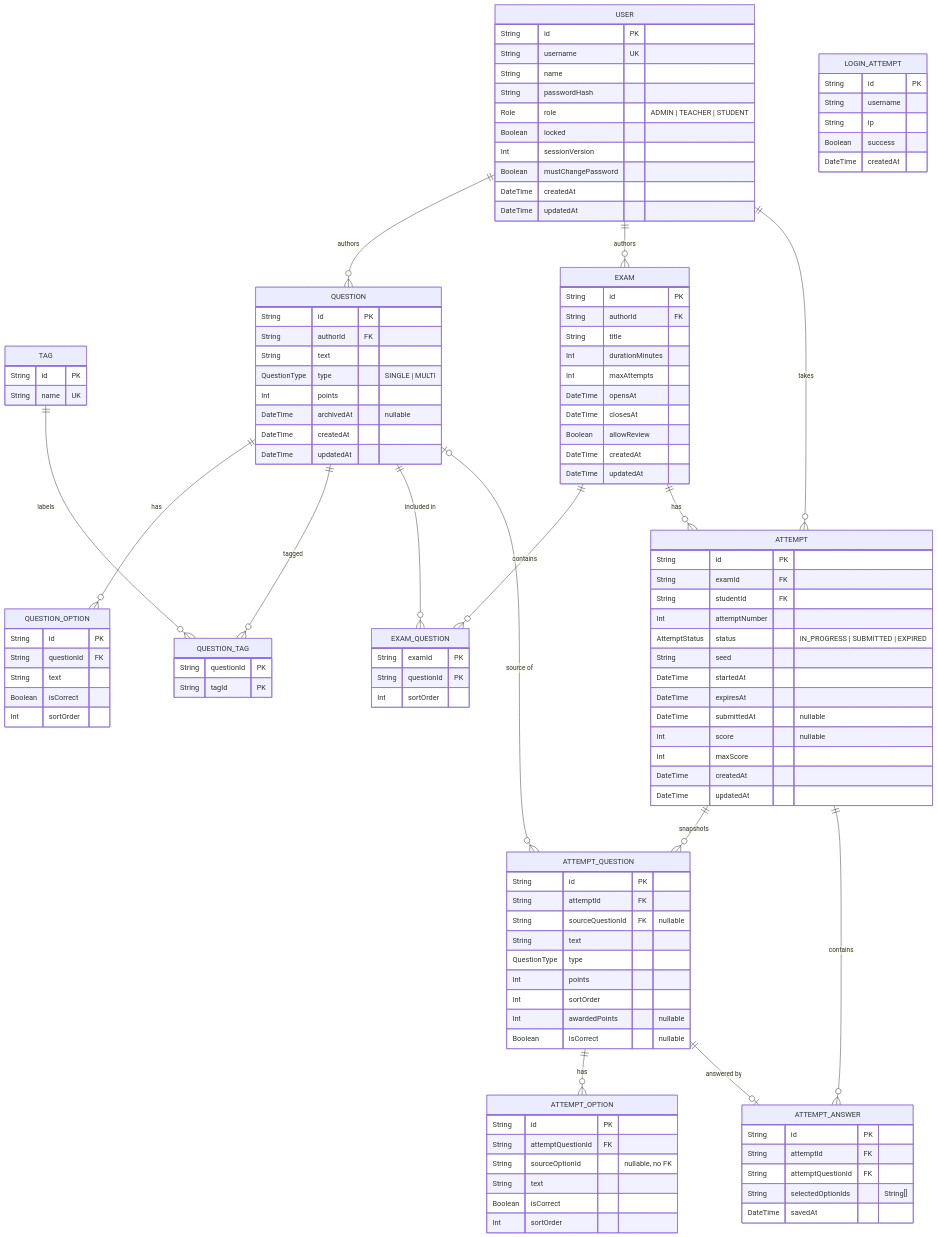
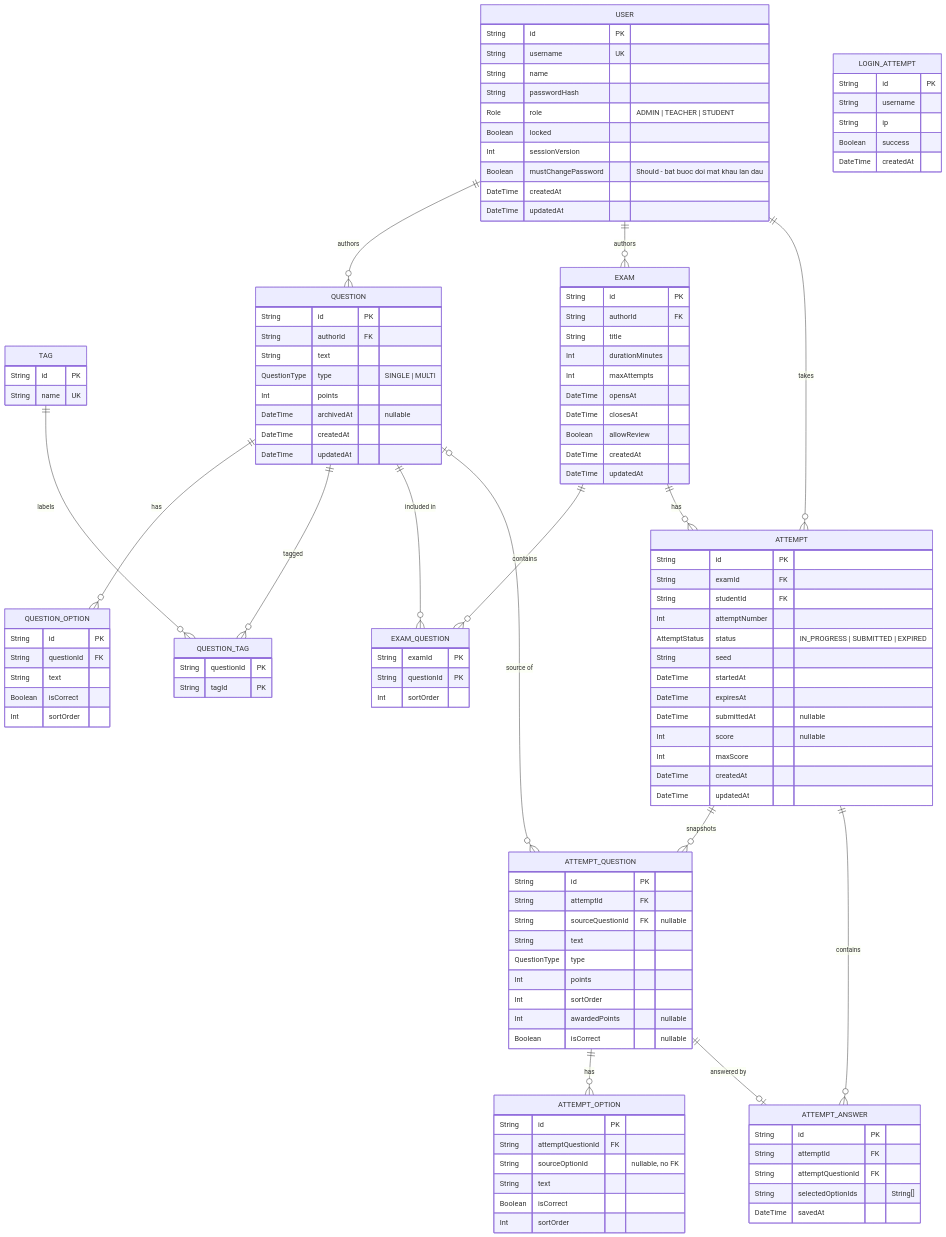
The diagram in docs/ERD.md (khanhtung2410/test-site), drawn with Mermaid before and after one commit. The commit also changed 16 other files, not shown here.

```diff
--- a/docs/ERD.md
+++ b/docs/ERD.md
@@ -16,7 +16,7 @@
         Role role "ADMIN | TEACHER | STUDENT"
         Boolean locked
         Int sessionVersion
-        Boolean mustChangePassword
+        Boolean mustChangePassword "Should - bat buoc doi mat khau lan dau"
         DateTime createdAt
         DateTime updatedAt
     }
```
